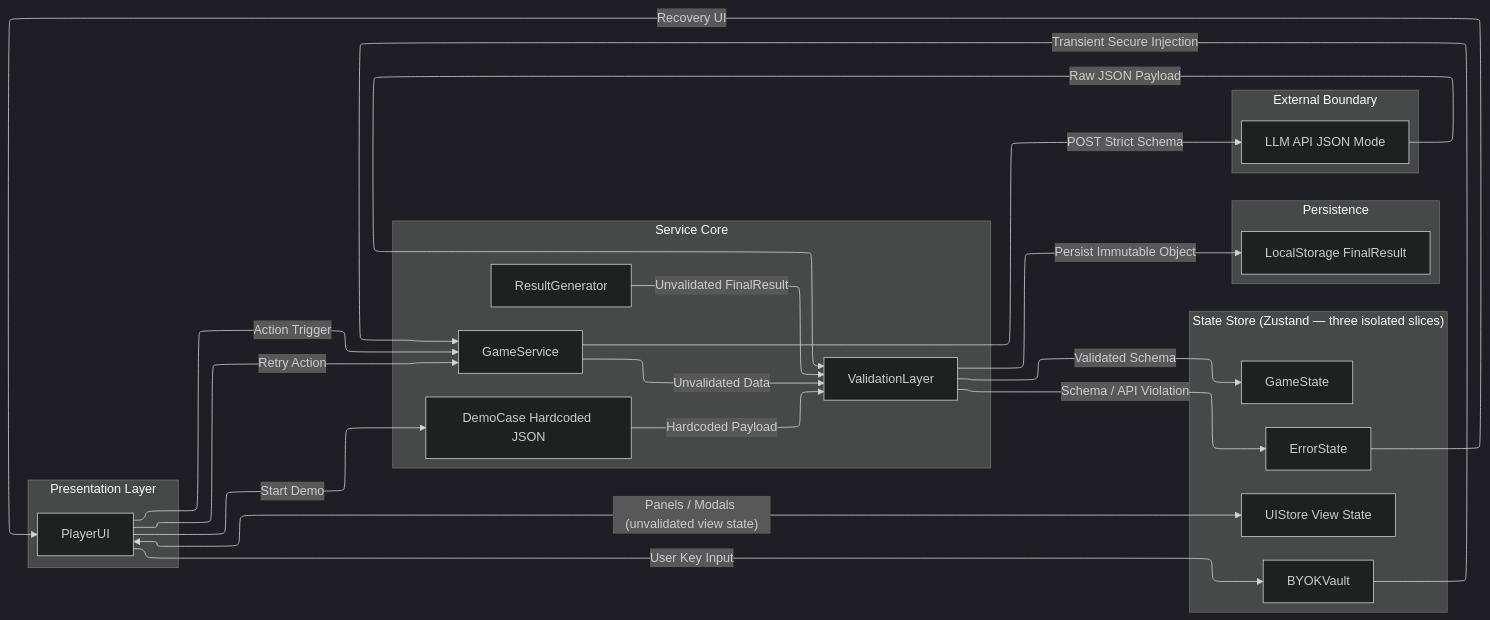
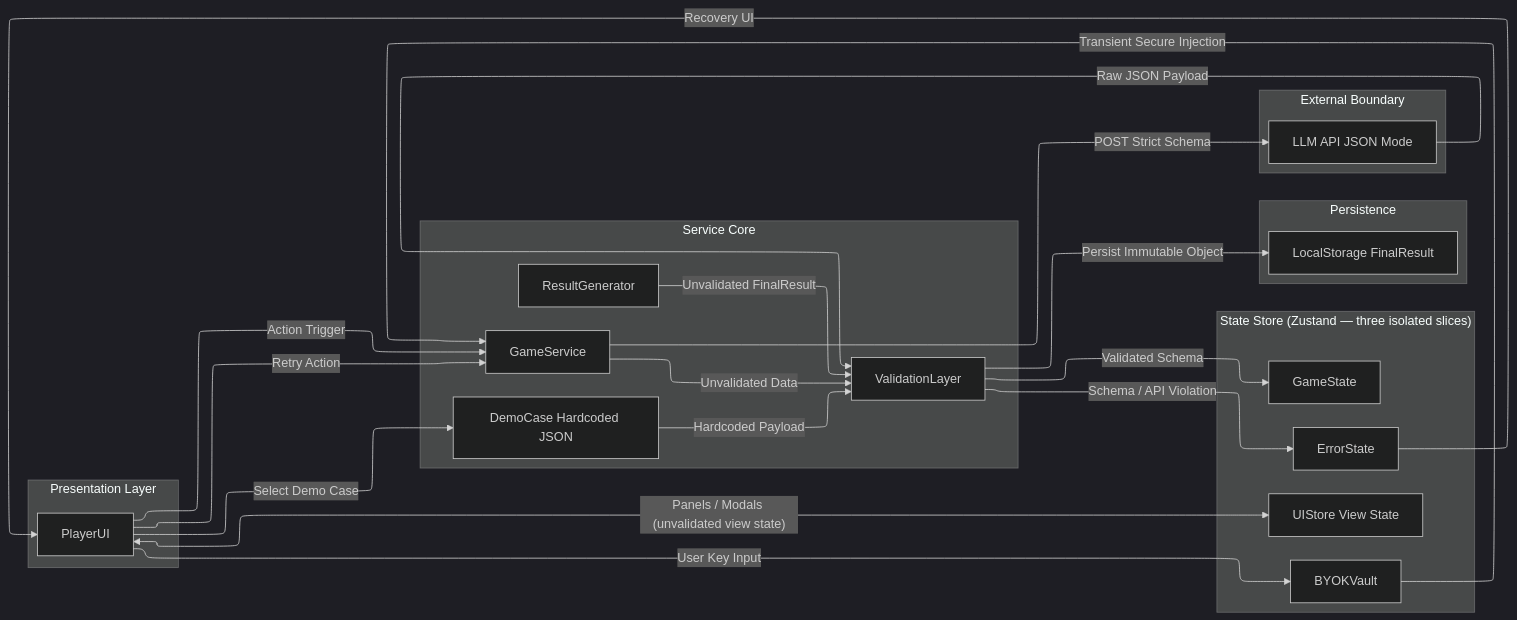
One commit to jcrump97/the-bench changed the first of 2 diagrams in README.md. Above: the diagram before and after it, drawn with Mermaid (dark theme). The commit also changed other lines of this file and 2 other files, not shown here.

Commit message:
docs: sync README, CLAUDE.md, and TODO with four-case docket and current architecture

````diff
--- a/README.md
+++ b/README.md
@@ -23,45 +23,45 @@
 ```mermaid
 %%{init:{'flowchart':{'defaultRenderer':'elk'}}}%%
 flowchart LR
     subgraph Presentation["Presentation Layer"]
         UI[PlayerUI]
     end
 
     subgraph ServiceCore["Service Core"]
         GS[GameService]
         RG[ResultGenerator]
         VL[ValidationLayer]
         DEMO[DemoCase Hardcoded JSON]
     end
 
     subgraph StateStore["State Store (Zustand — three isolated slices)"]
         GAME[GameState]
         ERR[ErrorState]
         VAULT[BYOKVault]
         UIS[UIStore View State]
     end
 
     subgraph Persistence["Persistence"]
         LS[LocalStorage FinalResult]
     end
 
     subgraph External["External Boundary"]
         LLM[LLM API JSON Mode]
     end
 
     UI -->|"Action Trigger"| GS
     UI -->|"User Key Input"| VAULT
-    UI -->|"Start Demo"| DEMO
+    UI -->|"Select Demo Case"| DEMO
     VAULT -->|"Transient Secure Injection"| GS
     GS -->|"POST Strict Schema"| LLM
     DEMO -->|"Hardcoded Payload"| VL
     LLM -->|"Raw JSON Payload"| VL
     GS -->|"Unvalidated Data"| VL
     RG -->|"Unvalidated FinalResult"| VL
     VL -->|"Validated Schema"| GAME
     VL -->|"Schema / API Violation"| ERR
     VL -->|"Persist Immutable Object"| LS
     ERR -->|"Recovery UI"| UI
     UI -->|"Retry Action"| GS
     UI <-->|"Panels / Modals (unvalidated view state)"| UIS
 ```
````
